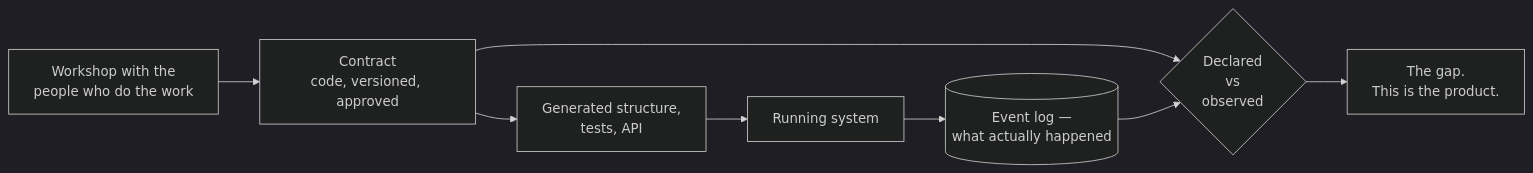
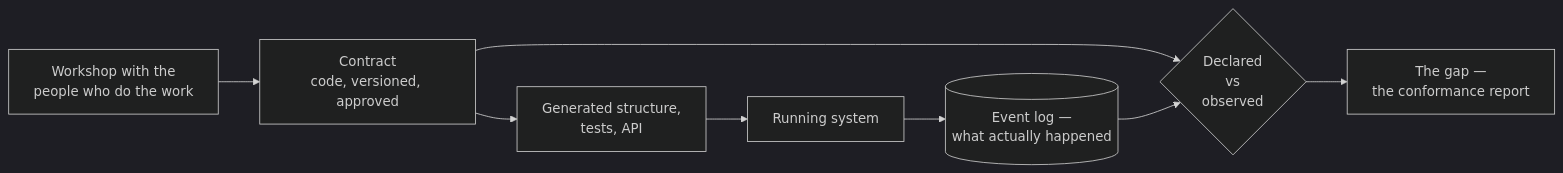
One commit to EmpoweredHouse/ehos_contract changed the diagram in README.md. Above: the diagram before and after it, drawn with Mermaid (dark theme). The commit also changed other lines of this file and 1 other file, not shown here.

````diff
--- a/README.md
+++ b/README.md
@@ -28,10 +61,10 @@
 ```mermaid
 flowchart LR
     W["Workshop with the<br/>people who do the work"] --> C["Contract<br/>code, versioned, approved"]
     C --> G["Generated structure,<br/>tests, API"]
     G --> R["Running system"]
     R --> L[("Event log —<br/>what actually happened")]
     C --> D{"Declared<br/>vs<br/>observed"}
     L --> D
-    D --> P["The gap.<br/>This is the product."]
+    D --> P["The gap —<br/>the conformance report"]
 ```
````
